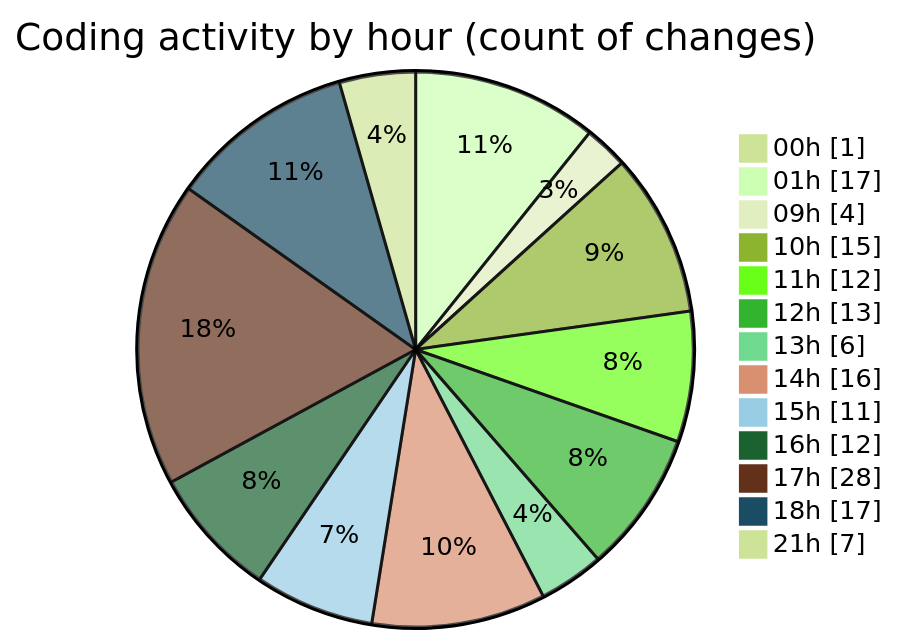
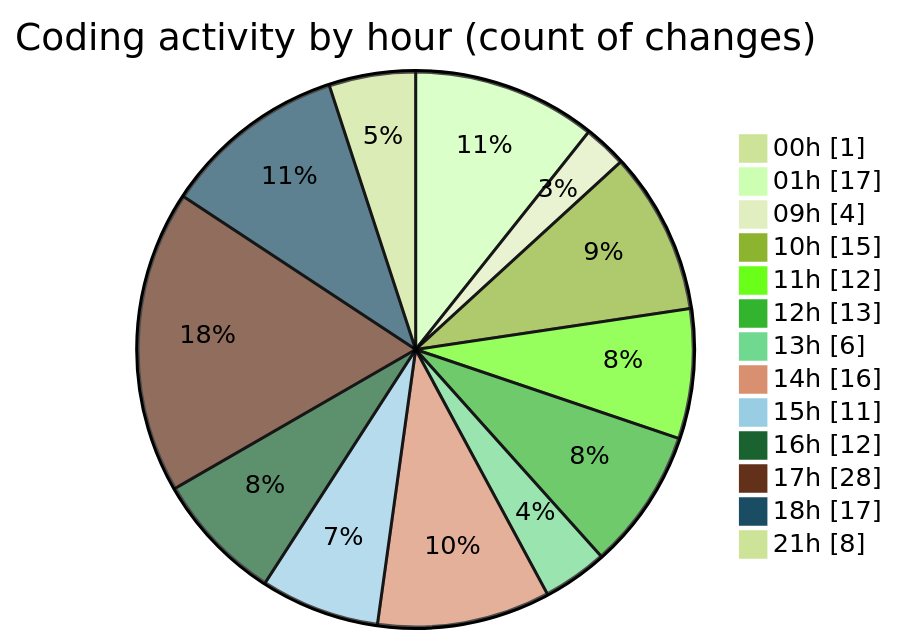
The second of 2 diagrams in 2025-11-01/cdp_aleoudev_fr__workspace_/README.md (julien-gomy/code-tracking), drawn with Mermaid (forest theme) before and after one commit. The commit also changed other lines of this file and 1 other file, not shown here.

````diff
--- a/2025-11-01/cdp_aleoudev_fr__workspace_/README.md
+++ b/2025-11-01/cdp_aleoudev_fr__workspace_/README.md
@@ -51,17 +51,17 @@
 ```mermaid
 pie showData
 title Coding activity by hour (count of changes)
 "00h" : 1
 "01h" : 17
 "09h" : 4
 "10h" : 15
 "11h" : 12
 "12h" : 13
 "13h" : 6
 "14h" : 16
 "15h" : 11
 "16h" : 12
 "17h" : 28
 "18h" : 17
-"21h" : 7
+"21h" : 8
 ```
````
